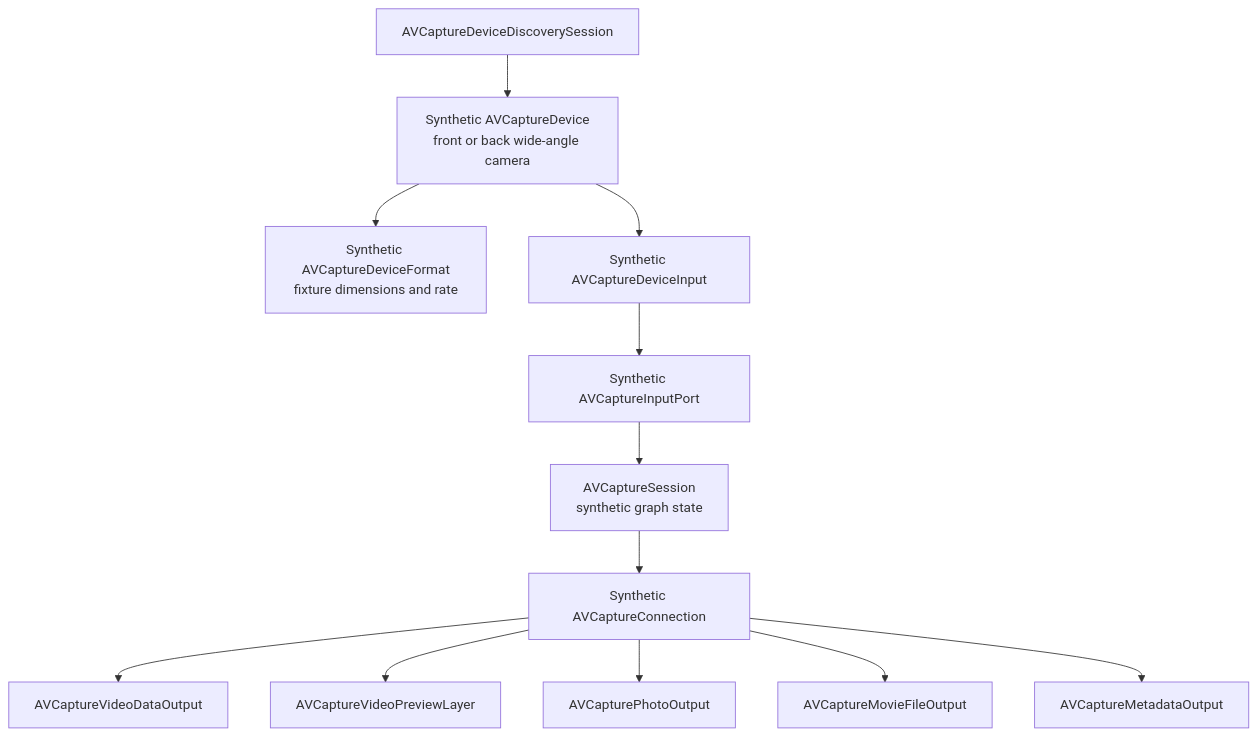
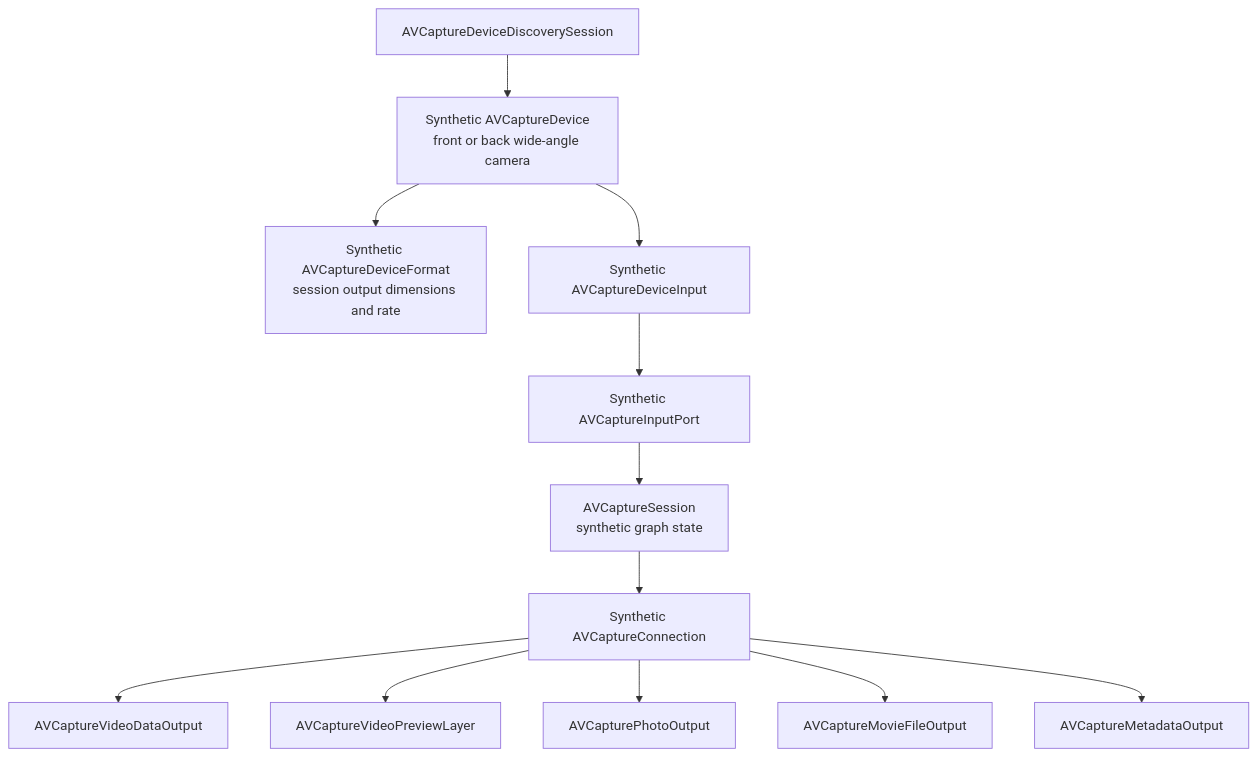
The fourth of 4 diagrams in ARCHITECTURE.md (cerebruminc/camrelay), drawn with Mermaid before and after one commit. The commit also changed other lines of this file and 29 other files, not shown here.

````diff
--- a/ARCHITECTURE.md
+++ b/ARCHITECTURE.md
@@ -285,23 +347,23 @@
 ```mermaid
 flowchart TB
     Discovery["AVCaptureDeviceDiscoverySession"]
     Device["Synthetic AVCaptureDevice<br/>front or back wide-angle camera"]
-    Format["Synthetic AVCaptureDeviceFormat<br/>fixture dimensions and rate"]
+    Format["Synthetic AVCaptureDeviceFormat<br/>session output dimensions and rate"]
     Input["Synthetic AVCaptureDeviceInput"]
     Port["Synthetic AVCaptureInputPort"]
     Session["AVCaptureSession<br/>synthetic graph state"]
     Connection["Synthetic AVCaptureConnection"]
 
     Discovery --> Device
     Device --> Format
     Device --> Input
     Input --> Port
     Port --> Session
     Session --> Connection
 
     Connection --> Video["AVCaptureVideoDataOutput"]
     Connection --> Preview["AVCaptureVideoPreviewLayer"]
     Connection --> Photo["AVCapturePhotoOutput"]
     Connection --> Movie["AVCaptureMovieFileOutput"]
     Connection --> Metadata["AVCaptureMetadataOutput"]
 ```
````
